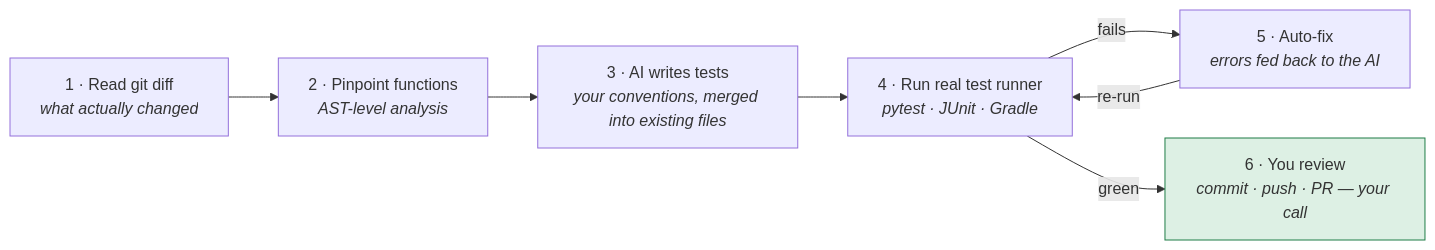
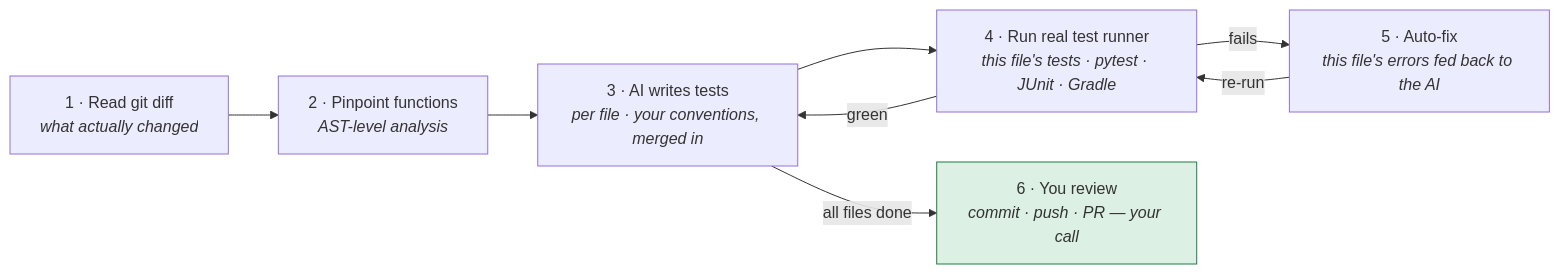
Before and after one commit to gautam-calfus/test-automator: the diagram in README.md, drawn with Mermaid. The commit also changed other lines of this file and 11 other files, not shown here.

First line of the commit message:
Per-file generate-run-fix; Java XML-fallback on failures; auto-add missing imports

````diff
--- a/README.md
+++ b/README.md
@@ -105,10 +105,11 @@
 ```mermaid
 flowchart LR
     A["1 · Read git diff<br/><i>what actually changed</i>"] --> B["2 · Pinpoint functions<br/><i>AST-level analysis</i>"]
-    B --> C["3 · AI writes tests<br/><i>your conventions, merged into existing files</i>"]
-    C --> D["4 · Run real test runner<br/><i>pytest · JUnit · Gradle</i>"]
-    D -- fails --> E["5 · Auto-fix<br/><i>errors fed back to the AI</i>"]
+    B --> C["3 · AI writes tests<br/><i>per file · your conventions, merged in</i>"]
+    C --> D["4 · Run real test runner<br/><i>this file's tests · pytest · JUnit · Gradle</i>"]
+    D -- fails --> E["5 · Auto-fix<br/><i>this file's errors fed back to the AI</i>"]
     E -- re-run --> D
-    D -- green --> F["6 · You review<br/><i>commit · push · PR — your call</i>"]
+    D -- green --> C
+    C -- all files done --> F["6 · You review<br/><i>commit · push · PR — your call</i>"]
     style F fill:#ddf0e4,stroke:#1e7d46
 ```
````
